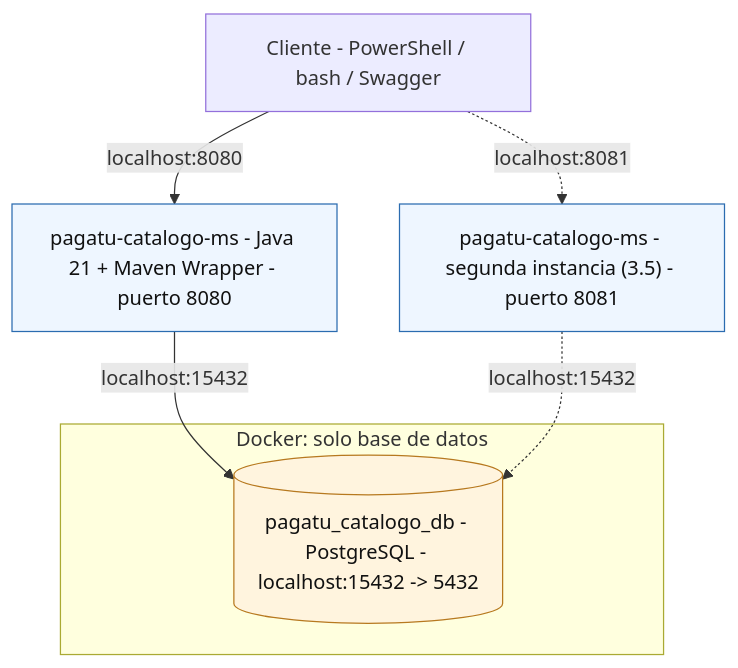
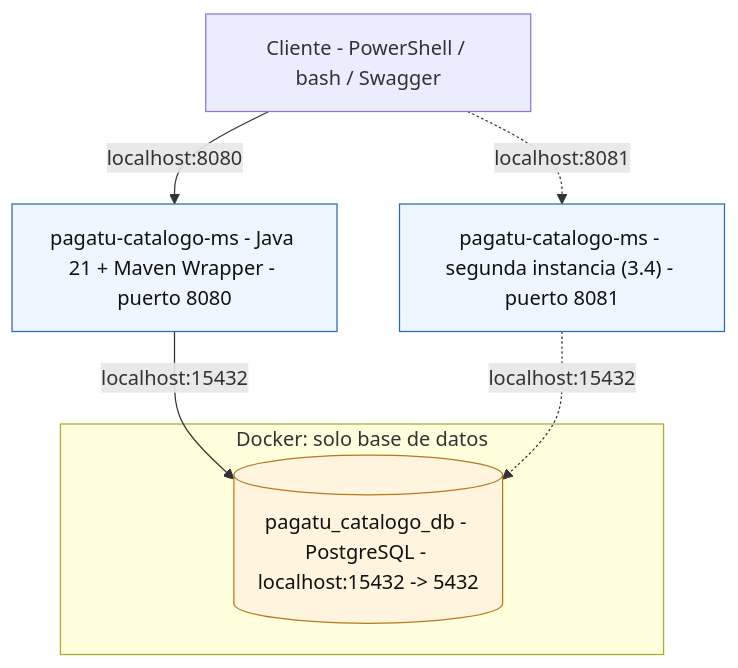
One commit to 262dist/pagatu changed the fourth of 6 diagrams in docs/sesiones/S01_Construccion_Servicio_Base.md. Above: the diagram before and after it, drawn with Mermaid. The commit also changed other lines of this file and 4 other files, not shown here.

````diff
--- a/docs/sesiones/S01_Construccion_Servicio_Base.md
+++ b/docs/sesiones/S01_Construccion_Servicio_Base.md
@@ -180,19 +180,19 @@
 ```mermaid
 flowchart TB
     DevClient["Cliente - PowerShell / bash / Swagger"]
     DevApp1["pagatu-catalogo-ms - Java 21 + Maven Wrapper - puerto 8080"]
-    DevApp2["pagatu-catalogo-ms - segunda instancia (3.5) - puerto 8081"]
+    DevApp2["pagatu-catalogo-ms - segunda instancia (3.4) - puerto 8081"]
     subgraph DevDocker["Docker: solo base de datos"]
         DevDb[("pagatu_catalogo_db - PostgreSQL - localhost:15432 -> 5432")]
     end
 
     DevClient -->|"localhost:8080"| DevApp1
     DevClient -.->|"localhost:8081"| DevApp2
     DevApp1 -->|"localhost:15432"| DevDb
     DevApp2 -.->|"localhost:15432"| DevDb
 
     classDef app fill:#eef6ff,stroke:#2b6cb0,color:#111;
     classDef db fill:#fff4de,stroke:#b7791f,color:#111;
     class DevApp1,DevApp2 app;
     class DevDb db;
 ```
````
